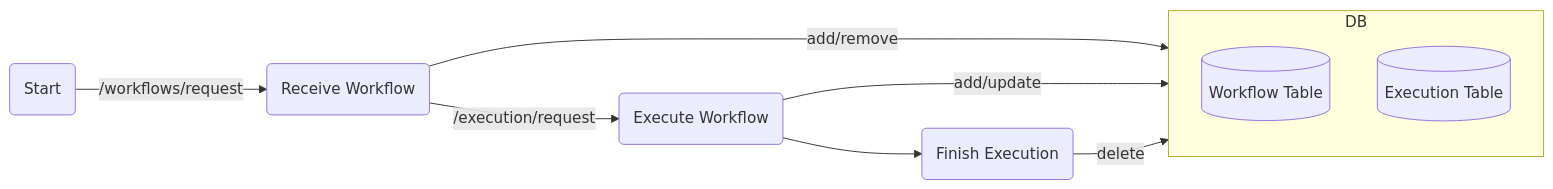
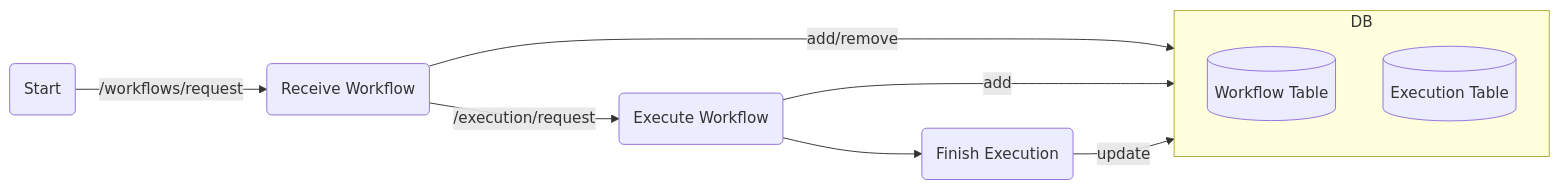
Before and after one commit to rox-architecture/kit-framework-backend: the diagram in README.md, drawn with Mermaid.

````diff
--- a/README.md
+++ b/README.md
@@ -118,16 +118,16 @@
 ```mermaid
 flowchart LR
     id1(Start) --/workflows/request--> id2(Receive Workflow) --/execution/request--> id3(Execute Workflow) --> id4(Finish Execution)
 
     subgraph DB
         direction TB
         WorkflowDB[(Workflow Table)]
         ExecutionDB[(Execution Table)]
     end
 
     id2(Receive Workflow) --add/remove--> WorkflowDB[(Workflow Table)]
 
-    id3(Execute Workflow) --add/update--> ExecutionDB[(Execution Table)]
+    id3(Execute Workflow) --add--> ExecutionDB[(Execution Table)]
 
-    id4(Finish Execution) --delete--> ExecutionDB[(Execution Table)]
+    id4(Finish Execution) --update--> ExecutionDB[(Execution Table)]
 ```
````
